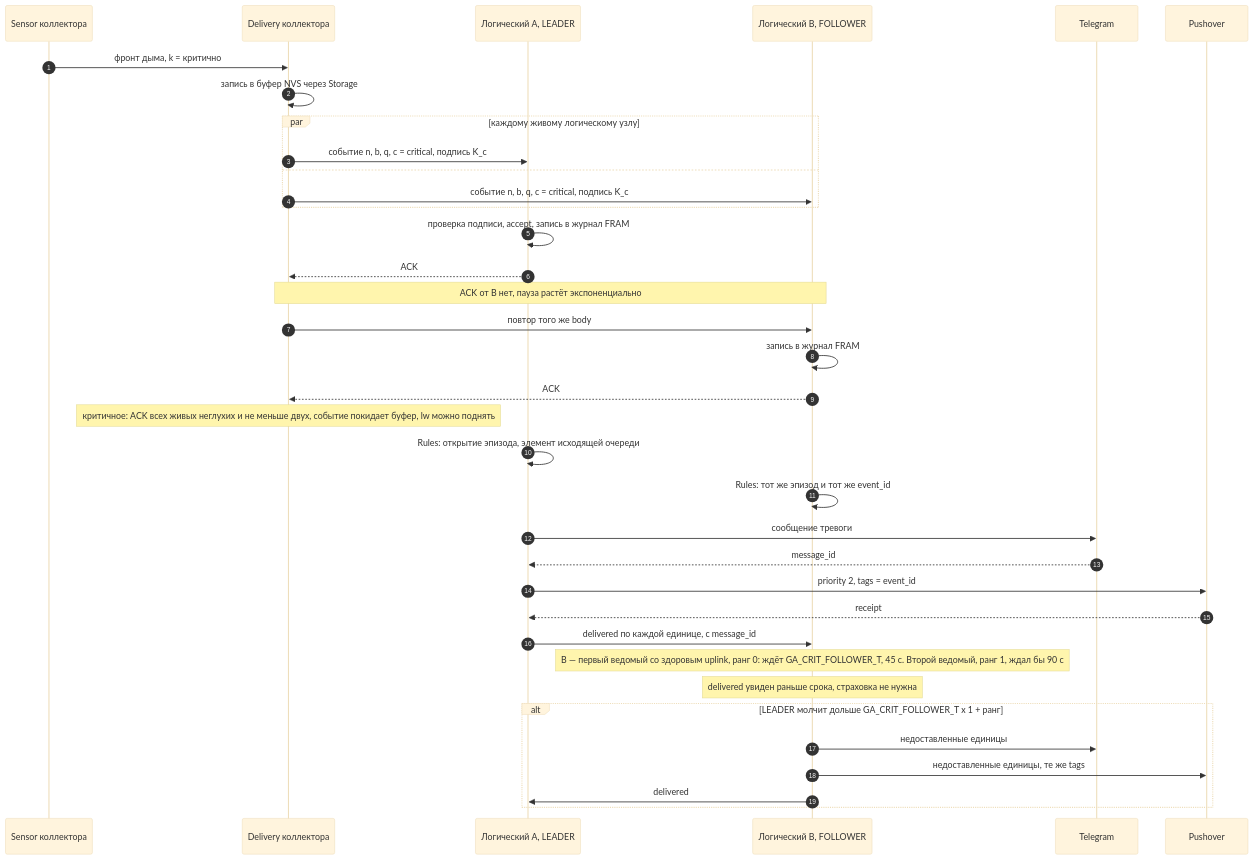
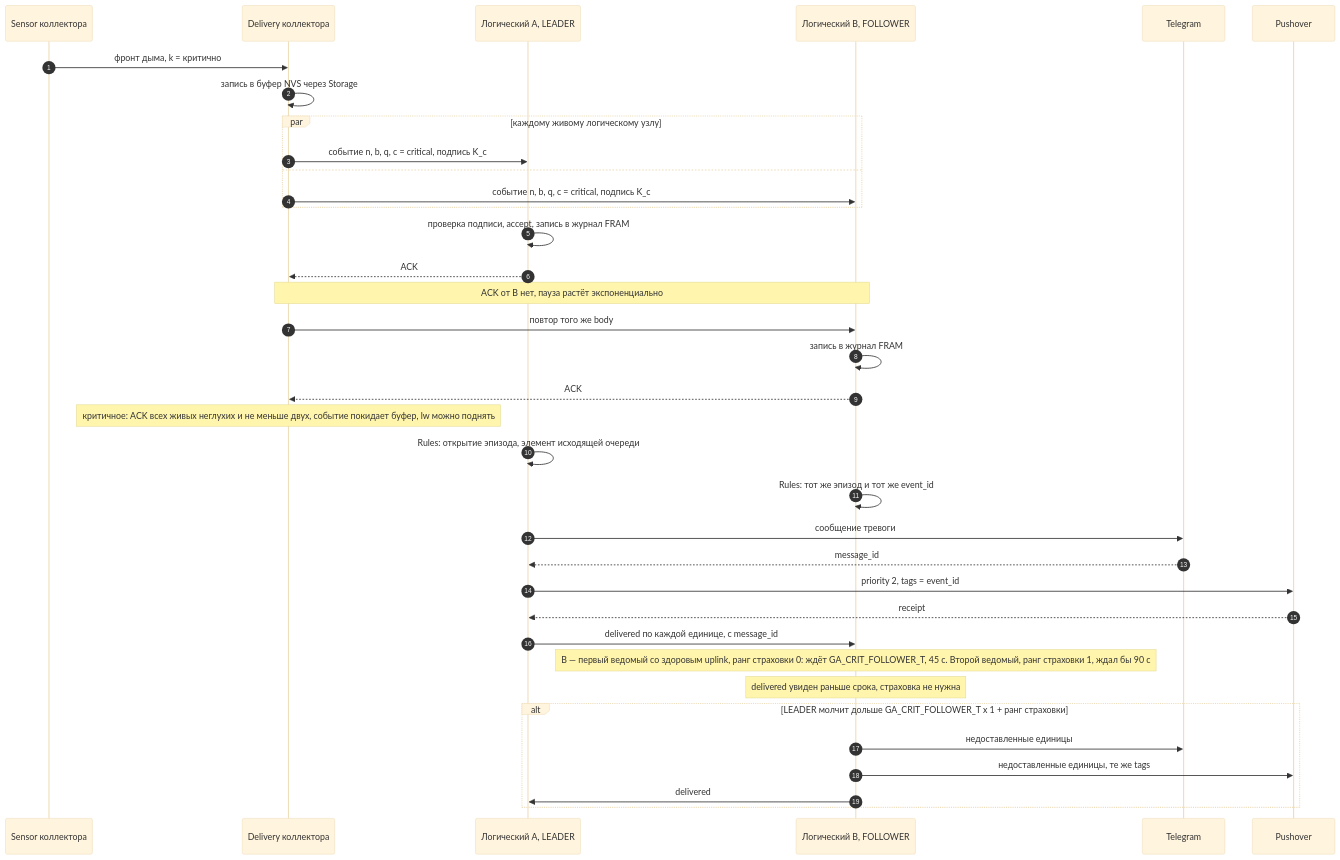
One commit to wol-micro/garageAlarms2.0 changed the second of 15 diagrams in _bmad-output/planning-artifacts/protocols-reference/garageAlarms2-протоколы-обмена.md. Above: the diagram before and after it, drawn with Mermaid (base theme). The commit also changed other lines of this file and 3 other files, not shown here.

````diff
--- a/_bmad-output/planning-artifacts/protocols-reference/garageAlarms2-протоколы-обмена.md
+++ b/_bmad-output/planning-artifacts/protocols-reference/garageAlarms2-протоколы-обмена.md
@@ -394,38 +394,38 @@
 ```mermaid
 sequenceDiagram
   autonumber
   participant S as Sensor коллектора
   participant D as Delivery коллектора
   participant A as Логический A, LEADER
   participant B as Логический B, FOLLOWER
   participant TG as Telegram
   participant PO as Pushover
   S->>D: фронт дыма, k = критично
   D->>D: запись в буфер NVS через Storage
   par каждому живому логическому узлу
     D->>A: событие n, b, q, c = critical, подпись K_c
   and
     D->>B: событие n, b, q, c = critical, подпись K_c
   end
   A->>A: проверка подписи, accept, запись в журнал FRAM
   A-->>D: ACK
   Note over D,B: ACK от B нет, пауза растёт экспоненциально
   D->>B: повтор того же body
   B->>B: запись в журнал FRAM
   B-->>D: ACK
   Note over D: критичное: ACK всех живых неглухих и не меньше двух, событие покидает буфер, lw можно поднять
   A->>A: Rules: открытие эпизода, элемент исходящей очереди
   B->>B: Rules: тот же эпизод и тот же event_id
   A->>TG: сообщение тревоги
   TG-->>A: message_id
   A->>PO: priority 2, tags = event_id
   PO-->>A: receipt
   A->>B: delivered по каждой единице, с message_id
-  Note over B: B — первый ведомый со здоровым uplink, ранг 0: ждёт GA_CRIT_FOLLOWER_T, 45 с. Второй ведомый, ранг 1, ждал бы 90 с
+  Note over B: B — первый ведомый со здоровым uplink, ранг страховки 0: ждёт GA_CRIT_FOLLOWER_T, 45 с. Второй ведомый, ранг страховки 1, ждал бы 90 с
   Note over B: delivered увиден раньше срока, страховка не нужна
-  alt LEADER молчит дольше GA_CRIT_FOLLOWER_T x 1 + ранг
+  alt LEADER молчит дольше GA_CRIT_FOLLOWER_T x 1 + ранг страховки
     B->>TG: недоставленные единицы
     B->>PO: недоставленные единицы, те же tags
     B->>A: delivered
   end
 ```
````
